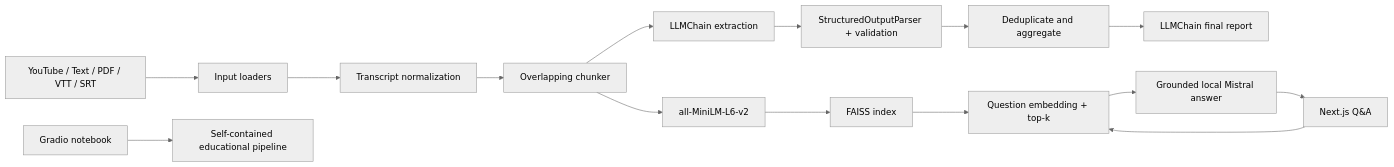
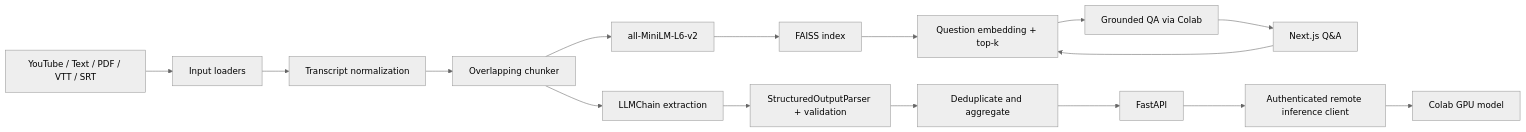
Before and after one commit to ROMEO-Eng/MeetingMind-: the diagram in docs/architecture.md, drawn with Mermaid (neutral theme). The commit also changed other lines of this file and 29 other files, not shown here.

````diff
--- a/docs/architecture.md
+++ b/docs/architecture.md
@@ -5,17 +5,18 @@
 ```mermaid
 flowchart LR
     U[YouTube / Text / PDF / VTT / SRT] --> L[Input loaders]
     L --> N[Transcript normalization]
     N --> C[Overlapping chunker]
     C --> X[LLMChain extraction]
     X --> P[StructuredOutputParser + validation]
     P --> A[Deduplicate and aggregate]
     A --> F[LLMChain final report]
     C --> E[all-MiniLM-L6-v2]
     E --> V[FAISS index]
     Q[Next.js Q&A] --> R[Question embedding + top-k]
     V --> R
-    R --> G[Grounded local Mistral answer]
+    R --> G[Grounded QA via Colab]
     G --> Q
-    B[Gradio notebook] --> D[Self-contained educational pipeline]
+    F[FastAPI] --> H[Authenticated remote inference client]
+    H --> I[Colab GPU model]
 ```
````
